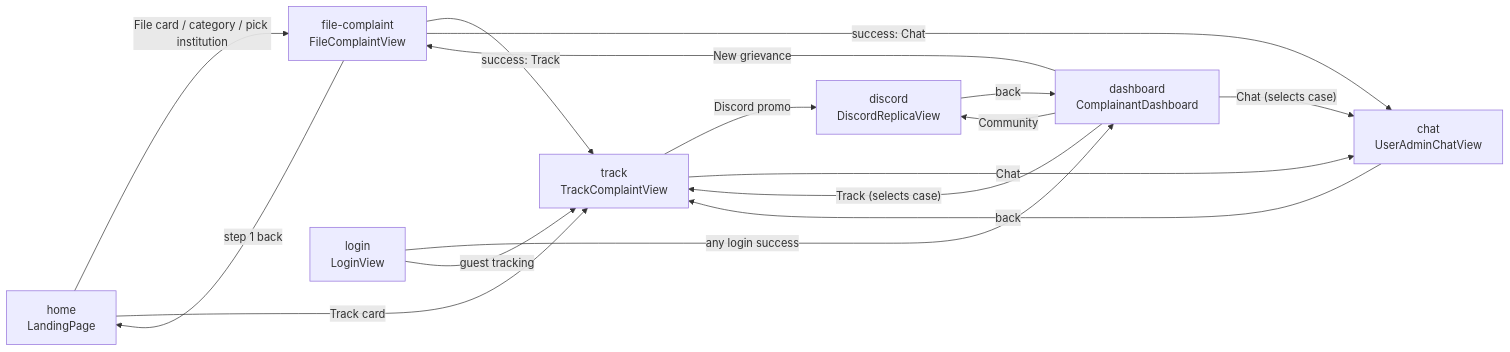
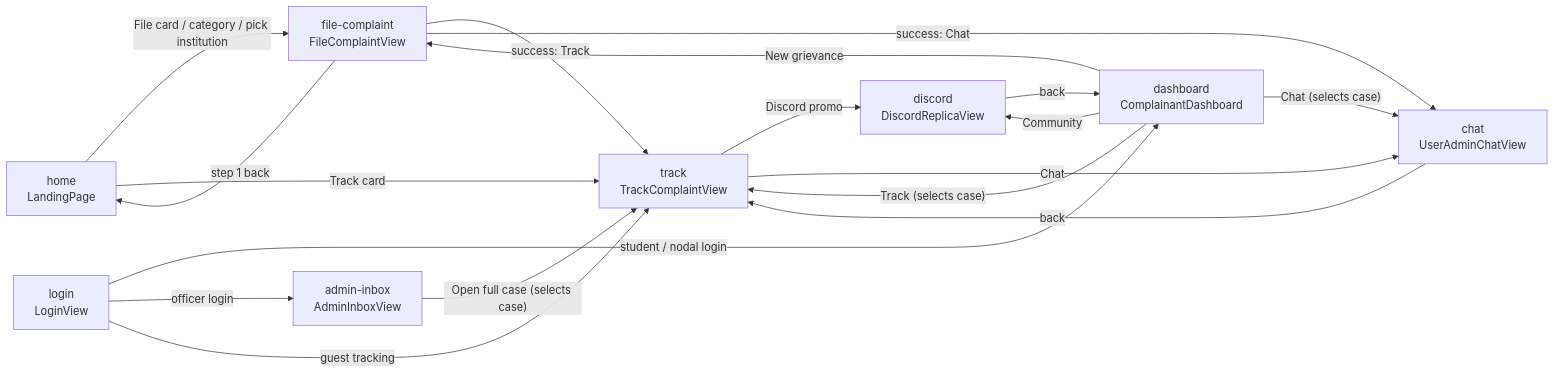
One commit to AsawariPawar0322/AICTE-NIVARAN changed the third of 3 diagrams in docs/04-feature-relationships.md. Above: the diagram before and after it, drawn with Mermaid. The commit also changed other lines of this file and 14 other files, not shown here.

````diff
--- a/docs/04-feature-relationships.md
+++ b/docs/04-feature-relationships.md
@@ -56,26 +66,29 @@
 ```mermaid
 flowchart LR
     Home["home<br/>LandingPage"]
     Dash["dashboard<br/>ComplainantDashboard"]
     File["file-complaint<br/>FileComplaintView"]
     Track["track<br/>TrackComplaintView"]
     Chat["chat<br/>UserAdminChatView"]
     Disc["discord<br/>DiscordReplicaView"]
     Login["login<br/>LoginView"]
+    Inbox["admin-inbox<br/>AdminInboxView"]
 
     Home -->|"File card / category / pick institution"| File
     Home -->|Track card| Track
     Dash -->|New grievance| File
     Dash -->|Community| Disc
     Dash -->|"Track (selects case)"| Track
     Dash -->|"Chat (selects case)"| Chat
     File -->|success: Track| Track
     File -->|success: Chat| Chat
     File -->|step 1 back| Home
     Track -->|Discord promo| Disc
     Track -->|Chat| Chat
     Chat -->|back| Track
     Disc -->|back| Dash
-    Login -->|"any login success"| Dash
+    Login -->|"student / nodal login"| Dash
+    Login -->|"officer login"| Inbox
     Login -->|guest tracking| Track
+    Inbox -->|"Open full case (selects case)"| Track
 ```
````
